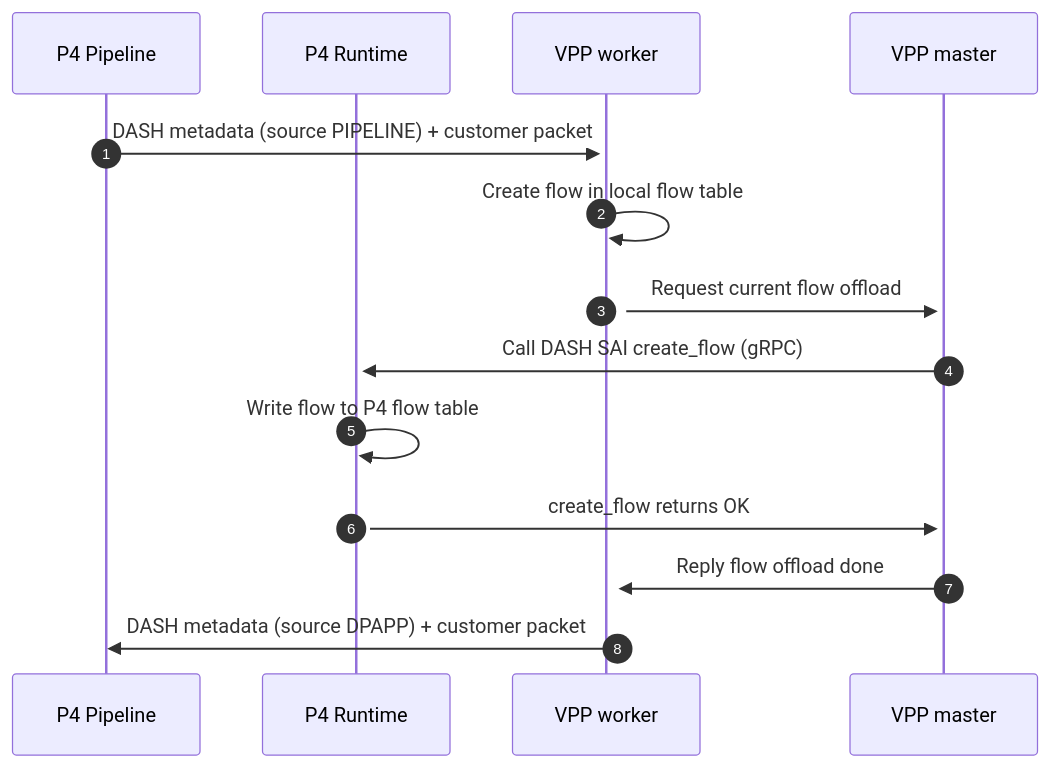
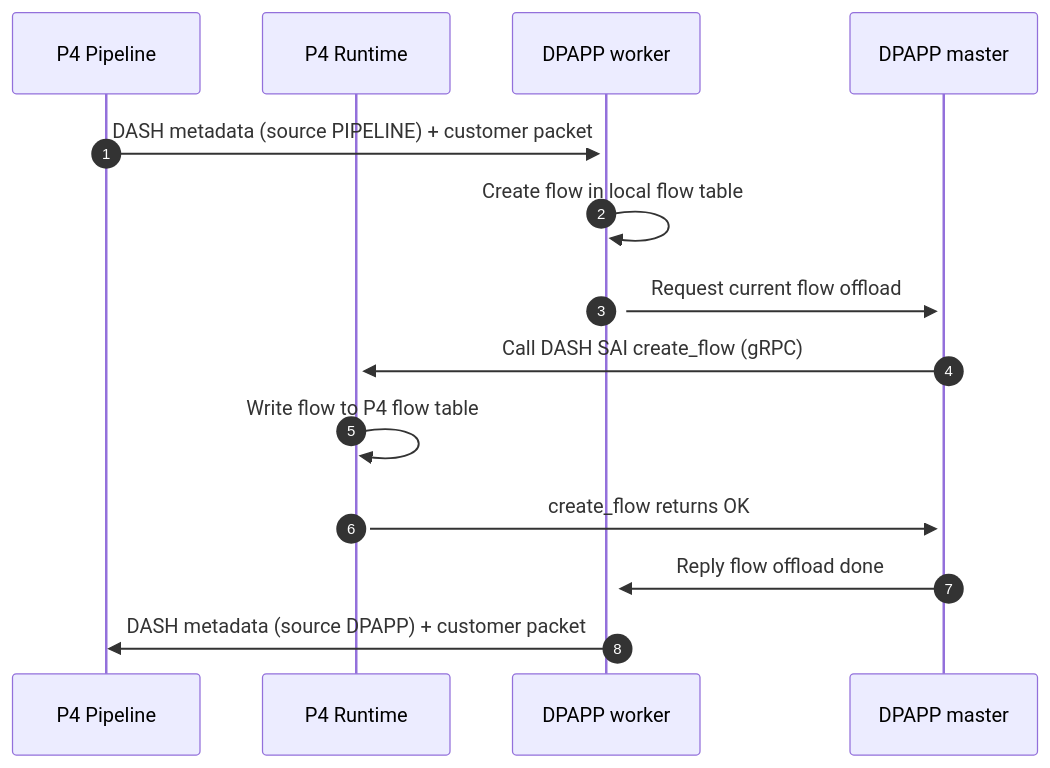
The first of 2 diagrams in documentation/dataplane/dash-bmv2-data-plane-app.md (sonic-net/DASH), drawn with Mermaid before and after one commit. The commit also changed other lines of this file and 2 other files, not shown here.

````diff
--- a/documentation/dataplane/dash-bmv2-data-plane-app.md
+++ b/documentation/dataplane/dash-bmv2-data-plane-app.md
@@ -193,16 +196,16 @@
 ```mermaid
 sequenceDiagram
     participant P as P4 Pipeline
     participant R as P4 Runtime
-    participant W as VPP worker
-    participant M as VPP master
+    participant W as DPAPP worker
+    participant M as DPAPP master
     autonumber
     P->>+W: DASH metadata (source PIPELINE) + customer packet
     W->>+W: Create flow in local flow table
     W->>+M: Request current flow offload
     M->>+R: Call DASH SAI create_flow (gRPC)
     R->>R: Write flow to P4 flow table
     R->>M: create_flow returns OK
     M->>W: Reply flow offload done
     W->>P: DASH metadata (source DPAPP) + customer packet
 ```
````
